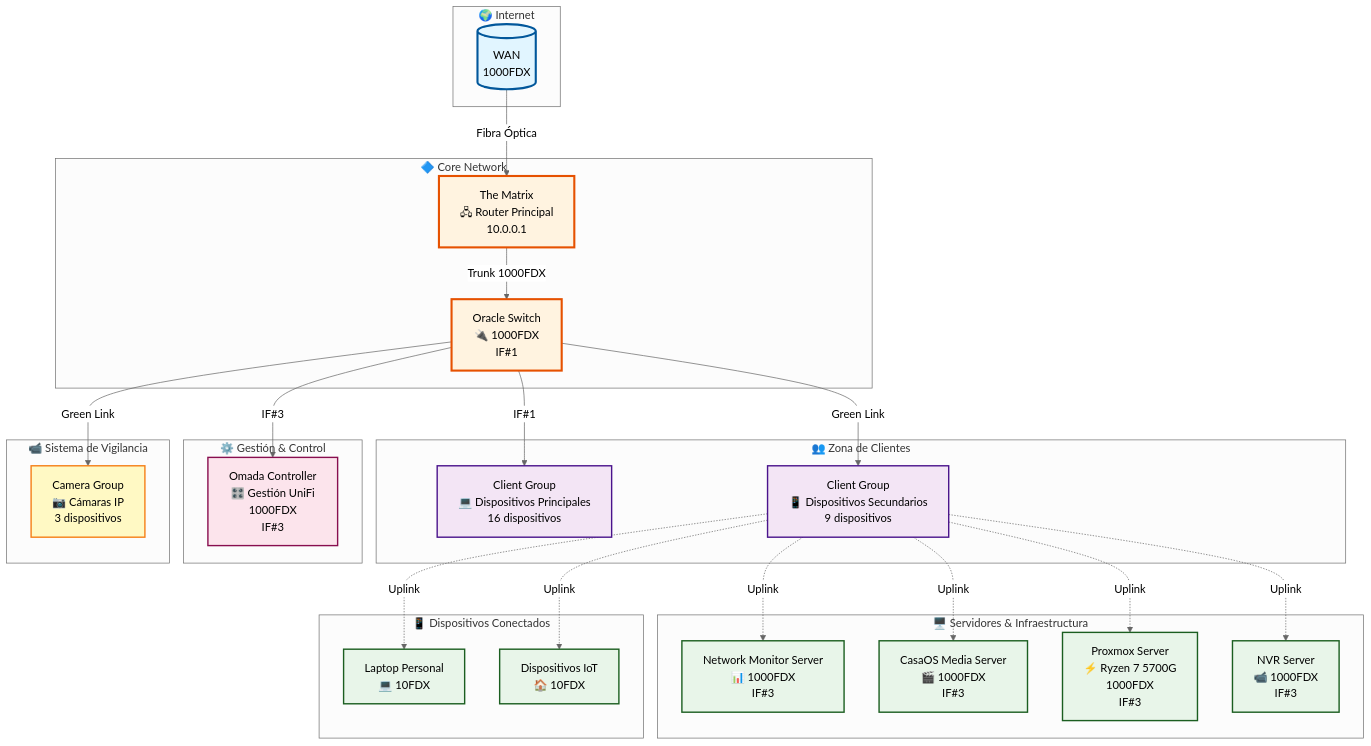
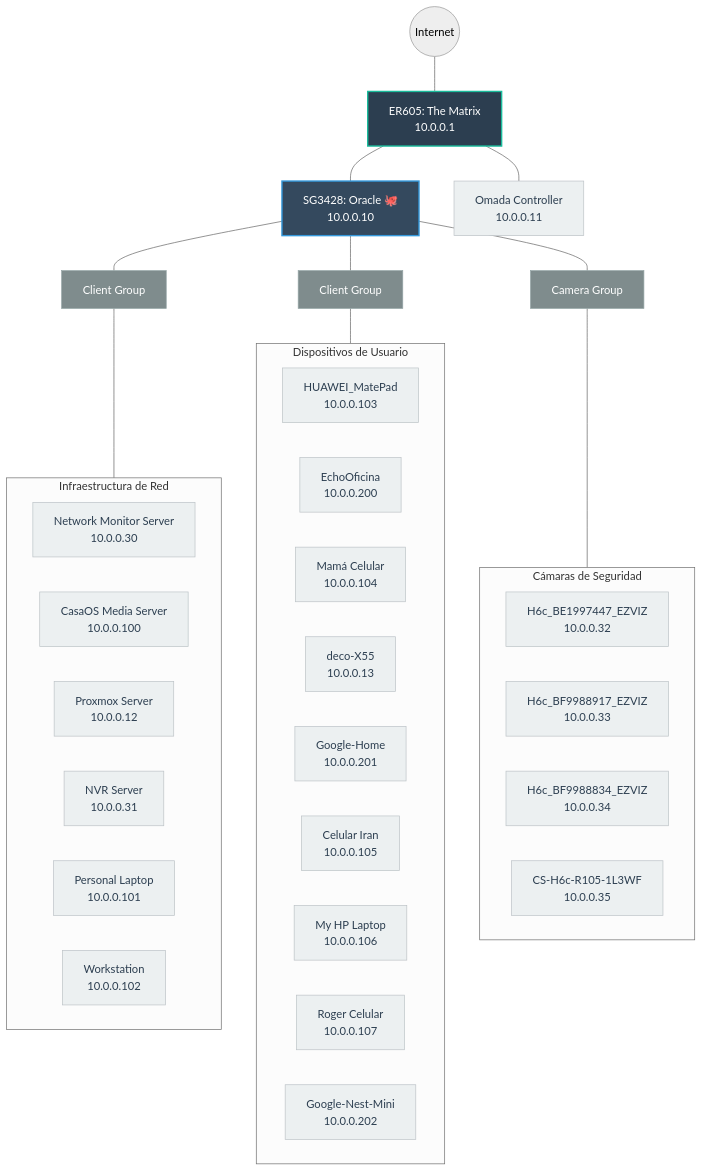
One commit to devlewiso/homelab-architecture changed the diagram in diagrams/network-topology.mmd. Above: the diagram before and after it, drawn with Mermaid (neutral theme).

Commit message:
Subiendo arquitectura v2 topology updated

```diff
--- a/diagrams/network-topology.mmd
+++ b/diagrams/network-topology.mmd
@@ -1,71 +1,56 @@
 %% Archivo: diagrams/network-topology.mmd
 %% Descripción: Topología física de red del homelab
-%% Basado en la infraestructura real con The Matrix como router principal
+%% Basado en la infraestructura real con The Matrix (ER605) como router principal
 
-graph TB
-    subgraph Internet["🌍 Internet"]
-        WAN1[("WAN<br/>1000FDX")]
+graph TD
+    %% Estilos de hardware Omada
+    classDef router fill:#2c3e50,stroke:#1abc9c,stroke-width:2px,color:#fff
+    classDef switch fill:#34495e,stroke:#3498db,stroke-width:2px,color:#fff
+    classDef device fill:#ecf0f1,stroke:#bdc3c7,color:#2c3e50
+    classDef group fill:#7f8c8d,stroke:#95a5a6,color:#fff
+
+    %% Nivel de Entrada
+    WAN1((Internet)) --- TheMatrix["ER605: The Matrix<br/>10.0.0.1"]:::router
+
+    %% Distribución Core
+    TheMatrix --- Oracle["SG3428: Oracle 🐙<br/>10.0.0.10"]:::switch
+    TheMatrix --- Controller["Omada Controller<br/>10.0.0.11"]:::device
+
+    %% Grupos de Red
+    Oracle --- ClientGroup1[Client Group]:::group
+    Oracle --- ClientGroup2[Client Group]:::group
+    Oracle --- CameraGroup[Camera Group]:::group
+
+    %% Dispositivos - Client Group (Rama 1 - Infraestructura)
+    subgraph Clients_A [Infraestructura de Red]
+        S1["Network Monitor Server<br/>10.0.0.30"]:::device
+        S2["CasaOS Media Server<br/>10.0.0.100"]:::device
+        S3["Proxmox Server<br/>10.0.0.12"]:::device
+        S4["NVR Server<br/>10.0.0.31"]:::device
+        S5["Personal Laptop<br/>10.0.0.101"]:::device
+        S6["Workstation<br/>10.0.0.102"]:::device
     end
-    
-    subgraph Core["🔷 Core Network"]
-        Matrix["The Matrix<br/>🖧 Router Principal<br/>10.0.0.1"]
-        Oracle["Oracle Switch<br/>🔌 1000FDX<br/>IF#1"]
+    ClientGroup1 --- Clients_A
+
+    %% Dispositivos - Client Group (Rama WiFi/Personal)
+    subgraph Clients_B [Dispositivos de Usuario]
+        D1["HUAWEI_MatePad<br/>10.0.0.103"]:::device
+        D2["EchoOficina<br/>10.0.0.200"]:::device
+        D3["Mamá Celular<br/>10.0.0.104"]:::device
+        D4["deco-X55<br/>10.0.0.13"]:::device
+        D5["Google-Home<br/>10.0.0.201"]:::device
+        D6["Celular Iran<br/>10.0.0.105"]:::device
+        D7["My HP Laptop<br/>10.0.0.106"]:::device
+        D8["Roger Celular<br/>10.0.0.107"]:::device
+        D9["Google-Nest-Mini<br/>10.0.0.202"]:::device
     end
-    
-    subgraph ClientZone["👥 Zona de Clientes"]
-        ClientGroup1["Client Group<br/>💻 Dispositivos Principales<br/>16 dispositivos"]
-        ClientGroup2["Client Group<br/>📱 Dispositivos Secundarios<br/>9 dispositivos"]
+    ClientGroup2 --- Clients_B
+
+    %% Dispositivos - Camera Group (EZVIZ)
+    subgraph Cameras [Cámaras de Seguridad]
+        C1["H6c_BE1997447_EZVIZ<br/>10.0.0.32"]:::device
+        C2["H6c_BF9988917_EZVIZ<br/>10.0.0.33"]:::device
+        C3["H6c_BF9988834_EZVIZ<br/>10.0.0.34"]:::device
+        C4["CS-H6c-R105-1L3WF<br/>10.0.0.35"]:::device
     end
-    
-    subgraph Management["⚙️ Gestión & Control"]
-        OmadaCtrl["Omada Controller<br/>🎛️ Gestión UniFi<br/>1000FDX<br/>IF#3"]
-    end
-    
-    subgraph Surveillance["📹 Sistema de Vigilancia"]
-        CameraGroup["Camera Group<br/>📷 Cámaras IP<br/>3 dispositivos"]
-    end
-    
-    subgraph Servers["🖥️ Servidores & Infraestructura"]
-        NetworkMonitor["Network Monitor Server<br/>📊 1000FDX<br/>IF#3"]
-        CasaOS["CasaOS Media Server<br/>🎬 1000FDX<br/>IF#3"]
-        ProxmoxSrv["Proxmox Server<br/>⚡ Ryzen 7 5700G<br/>1000FDX<br/>IF#3"]
-        NVR["NVR Server<br/>📹 1000FDX<br/>IF#3"]
-    end
-    
-    subgraph Devices["📱 Dispositivos Conectados"]
-        Laptop["Laptop Personal<br/>💻 10FDX"]
-        IoTDevices["Dispositivos IoT<br/>🏠 10FDX"]
-    end
-    
-    %% Conexiones principales
-    WAN1 -->|"Fibra Óptica"| Matrix
-    Matrix -->|"Trunk 1000FDX"| Oracle
-    
-    %% Distribución desde Oracle
-    Oracle -->|"IF#1"| ClientGroup1
-    Oracle -->|"Green Link"| ClientGroup2
-    Oracle -->|"Green Link"| CameraGroup
-    Oracle -->|"IF#3"| OmadaCtrl
-    
-    %% Conexiones de servidores
-    ClientGroup2 -.->|"Uplink"| NetworkMonitor
-    ClientGroup2 -.->|"Uplink"| CasaOS
-    ClientGroup2 -.->|"Uplink"| ProxmoxSrv
-    ClientGroup2 -.->|"Uplink"| NVR
-    ClientGroup2 -.->|"Uplink"| Laptop
-    ClientGroup2 -.->|"Uplink"| IoTDevices
-    
-    %% Estilos
-    classDef internetStyle fill:#e1f5ff,stroke:#01579b,stroke-width:3px,color:#000
-    classDef coreStyle fill:#fff3e0,stroke:#e65100,stroke-width:3px,color:#000
-    classDef clientStyle fill:#f3e5f5,stroke:#4a148c,stroke-width:2px,color:#000
-    classDef serverStyle fill:#e8f5e9,stroke:#1b5e20,stroke-width:2px,color:#000
-    classDef mgmtStyle fill:#fce4ec,stroke:#880e4f,stroke-width:2px,color:#000
-    classDef survStyle fill:#fff9c4,stroke:#f57f17,stroke-width:2px,color:#000
-    
-    class WAN1 internetStyle
-    class Matrix,Oracle coreStyle
-    class ClientGroup1,ClientGroup2 clientStyle
-    class NetworkMonitor,CasaOS,ProxmoxSrv,NVR,Laptop,IoTDevices serverStyle
-    class OmadaCtrl mgmtStyle
-    class CameraGroup survStyle
+    CameraGroup --- Cameras
```
